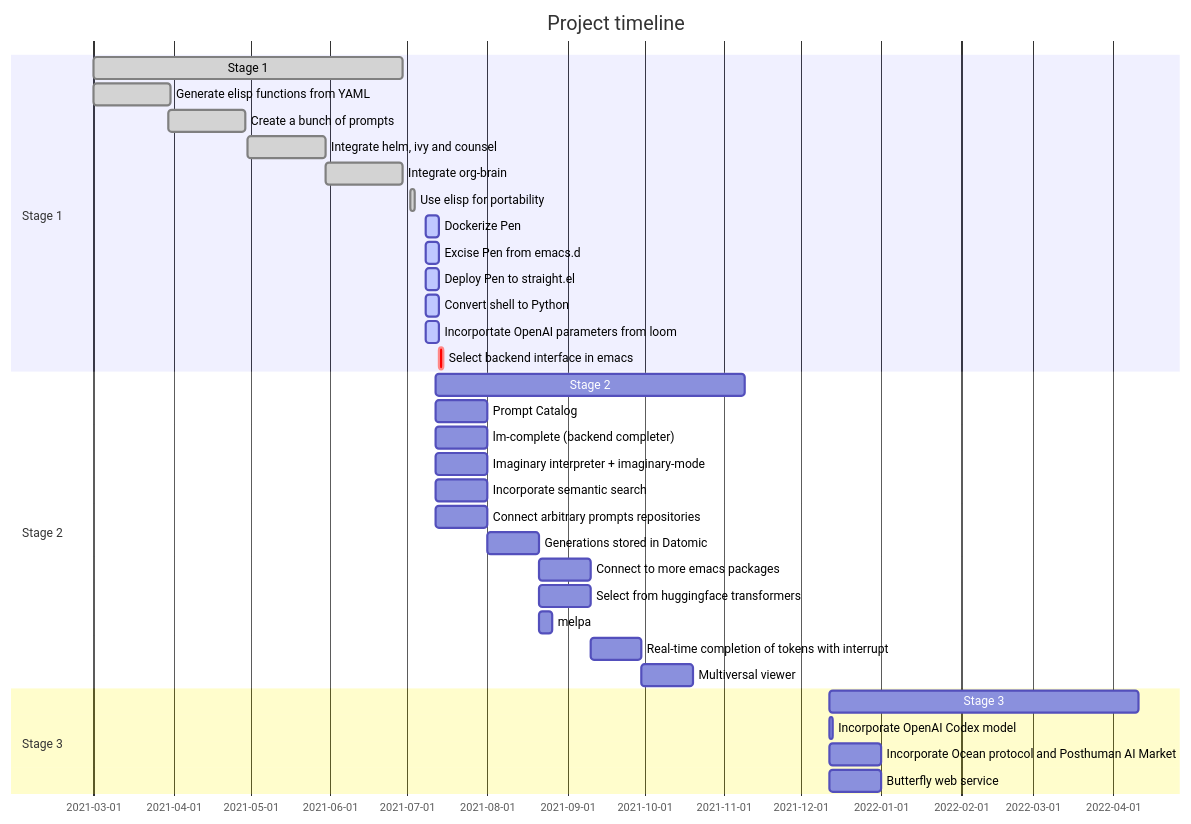
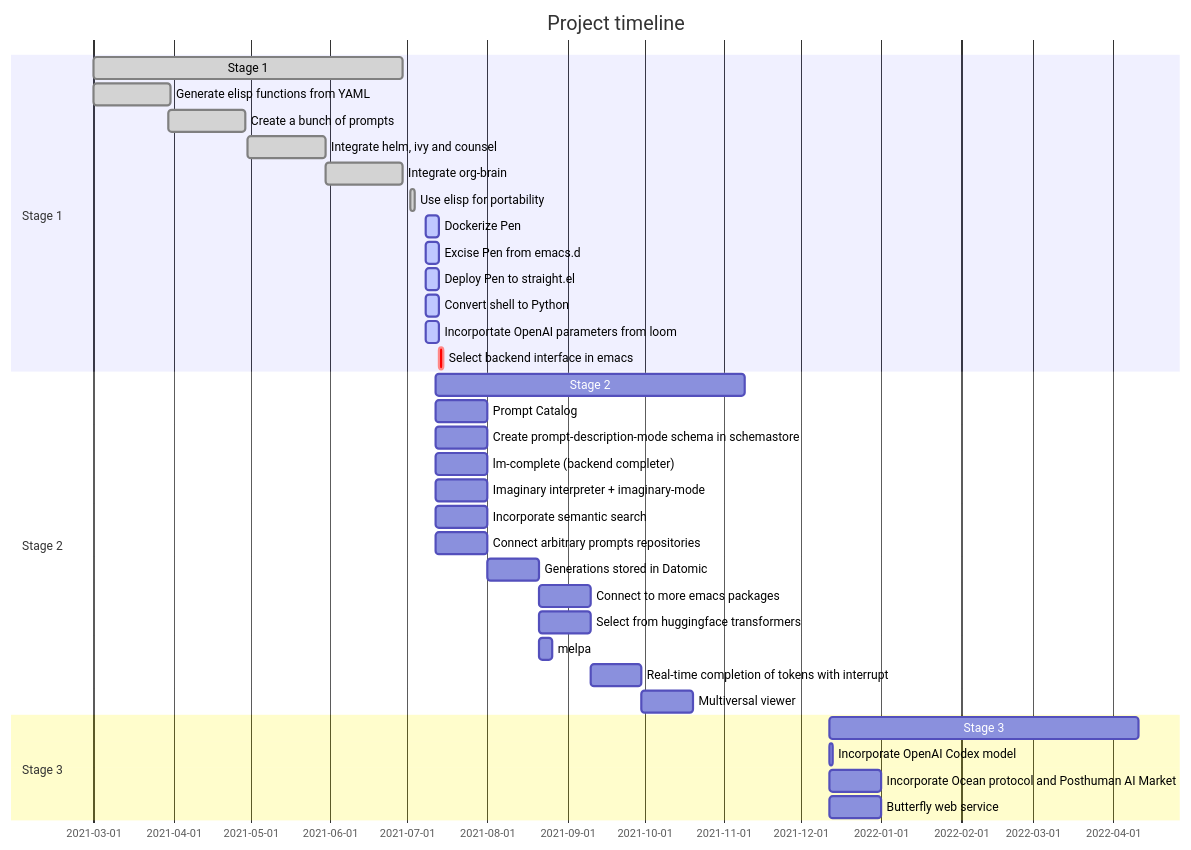
Before and after one commit to semiosis/pen.el: the diagram in docs/README.org, drawn with Mermaid.

Commit message:
Thu 08 Jul 2021 22:33:13

```diff
--- a/docs/README.org
+++ b/docs/README.org
@@ -31,36 +31,37 @@
 #+BEGIN_SRC mermaid :results raw :file project-timeline.png
   gantt
           title Project timeline
           dateFormat  YYYY-MM-DD
           section Stage 1
           Stage 1  :done, :s1, 2021-03-01, 120d
           Generate elisp functions from YAML  :done,  :a1, 2021-03-01, 30d
           Create a bunch of prompts  :done,   :a3, 2021-03-30, 30d
           Integrate helm, ivy and counsel  :done,   :a4, 2021-04-30, 30d
           Integrate org-brain  :done,   :a5, 2021-05-30, 30d
           Use elisp for portability :done,  :b2, 2021-07-02, 2d
           Dockerize Pen : active, b3, after b2 , 5d
           Excise Pen from emacs.d: active, b3.1, after b2 , 5d
           Deploy Pen to straight.el: active, b3.2, after b2 , 5d
           Convert shell to Python : active, b4, after b2 , 5d
           Incorportate OpenAI parameters from loom : active, b4, after b2 , 5d
           Select backend interface in emacs :crit, after b3, 2d
           section Stage 2
           Stage 2  :s2, 2021-07-12, 120d
           Prompt Catalog : b6a, 2021-07-12, 20d
+          Create prompt-description-mode schema in schemastore : b6b, 2021-07-12, 20d
           lm-complete (backend completer) : b6b, 2021-07-12, 20d
           Imaginary interpreter + imaginary-mode : b11, 2021-07-12, 20d
           Incorporate semantic search : b12, 2021-07-12, 20d
           Connect arbitrary prompts repositories : b6, 2021-07-12, 20d
           Generations stored in Datomic : b7, after b6, 20d
           Connect to more emacs packages : b8, after b7 , 20d
           Select from huggingface transformers : b15, after b7 , 20d
           melpa : b14, after b7 , 5d
           Real-time completion of tokens with interrupt : b9, after b8, 20d
           Multiversal viewer : b10, after b9, 20d
           section Stage 3
           Stage 3  :s3, 2021-12-12, 120d
           Incorporate OpenAI Codex model : c1, 2021-12-12, 1d
           Incorporate Ocean protocol and Posthuman AI Market : c2, 2021-12-12, 20d
           Butterfly web service : c3, 2021-12-12, 20d
 #+END_SRC
```
